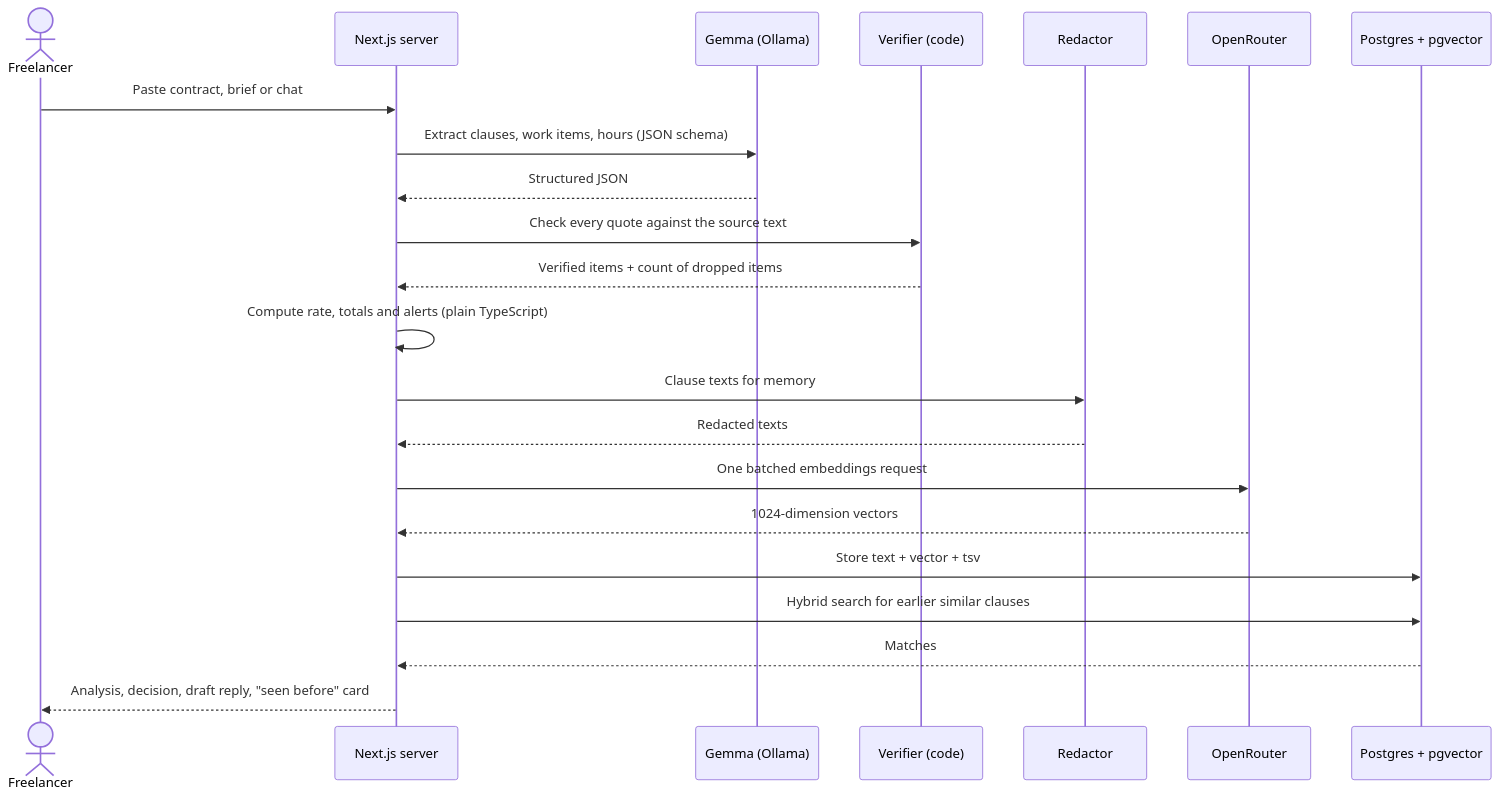
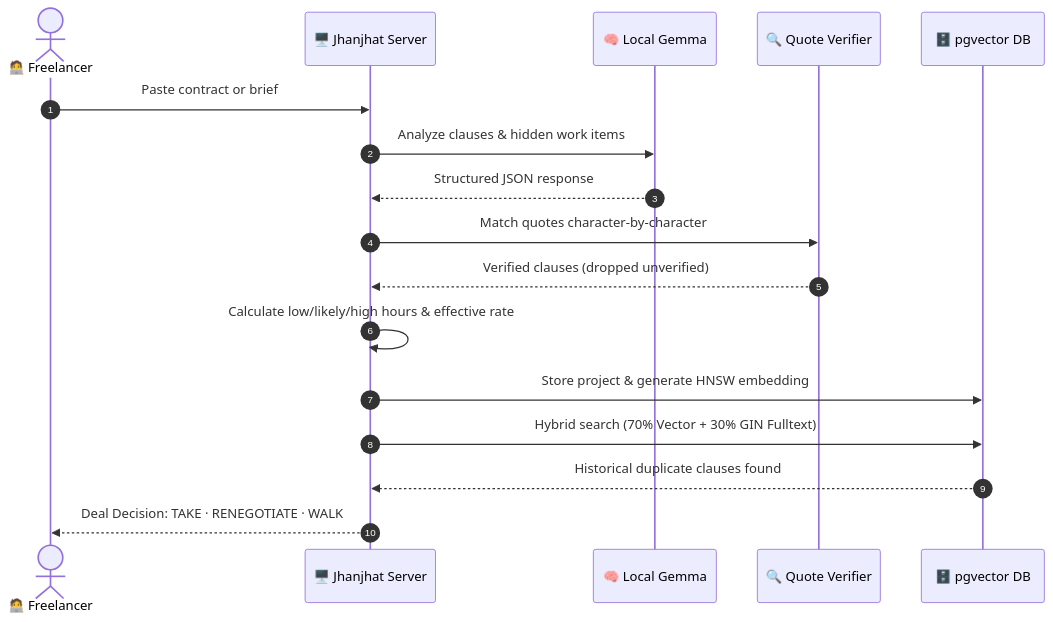
One commit to mannubaveja007/Jhanjhat changed the second of 4 diagrams in README.md. Above: the diagram before and after it, drawn with Mermaid. The commit also changed other lines of this file, not shown here.

Commit message:
docs: overhaul README with high-contrast Mermaid diagrams and punchy structure

````diff
--- a/README.md
+++ b/README.md
@@ -153,24 +78,20 @@
 ```mermaid
 sequenceDiagram
-  actor U as Freelancer
-  participant W as Next.js server
-  participant G as Gemma (Ollama)
-  participant V as Verifier (code)
-  participant R as Redactor
-  participant O as OpenRouter
-  participant D as Postgres + pgvector
-  U->>W: Paste contract, brief or chat
-  W->>G: Extract clauses, work items, hours (JSON schema)
-  G-->>W: Structured JSON
-  W->>V: Check every quote against the source text
-  V-->>W: Verified items + count of dropped items
-  W->>W: Compute rate, totals and alerts (plain TypeScript)
-  W->>R: Clause texts for memory
-  R-->>W: Redacted texts
-  W->>O: One batched embeddings request
-  O-->>W: 1024-dimension vectors
-  W->>D: Store text + vector + tsv
-  W->>D: Hybrid search for earlier similar clauses
-  D-->>W: Matches
-  W-->>U: Analysis, decision, draft reply, "seen before" card
+    autonumber
+    actor Dev as 🧑‍💻 Freelancer
+    participant App as 🖥️ Jhanjhat Server
+    participant Gemma as 🧠 Local Gemma
+    participant V as 🔍 Quote Verifier
+    participant DB as 🗄️ pgvector DB
+
+    Dev->>App: Paste contract or brief
+    App->>Gemma: Analyze clauses & hidden work items
+    Gemma-->>App: Structured JSON response
+    App->>V: Match quotes character-by-character
+    V-->>App: Verified clauses (dropped unverified)
+    App->>App: Calculate low/likely/high hours & effective rate
+    App->>DB: Store project & generate HNSW embedding
+    App->>DB: Hybrid search (70% Vector + 30% GIN Fulltext)
+    DB-->>App: Historical duplicate clauses found
+    App-->>Dev: Deal Decision: TAKE · RENEGOTIATE · WALK
 ```
````
